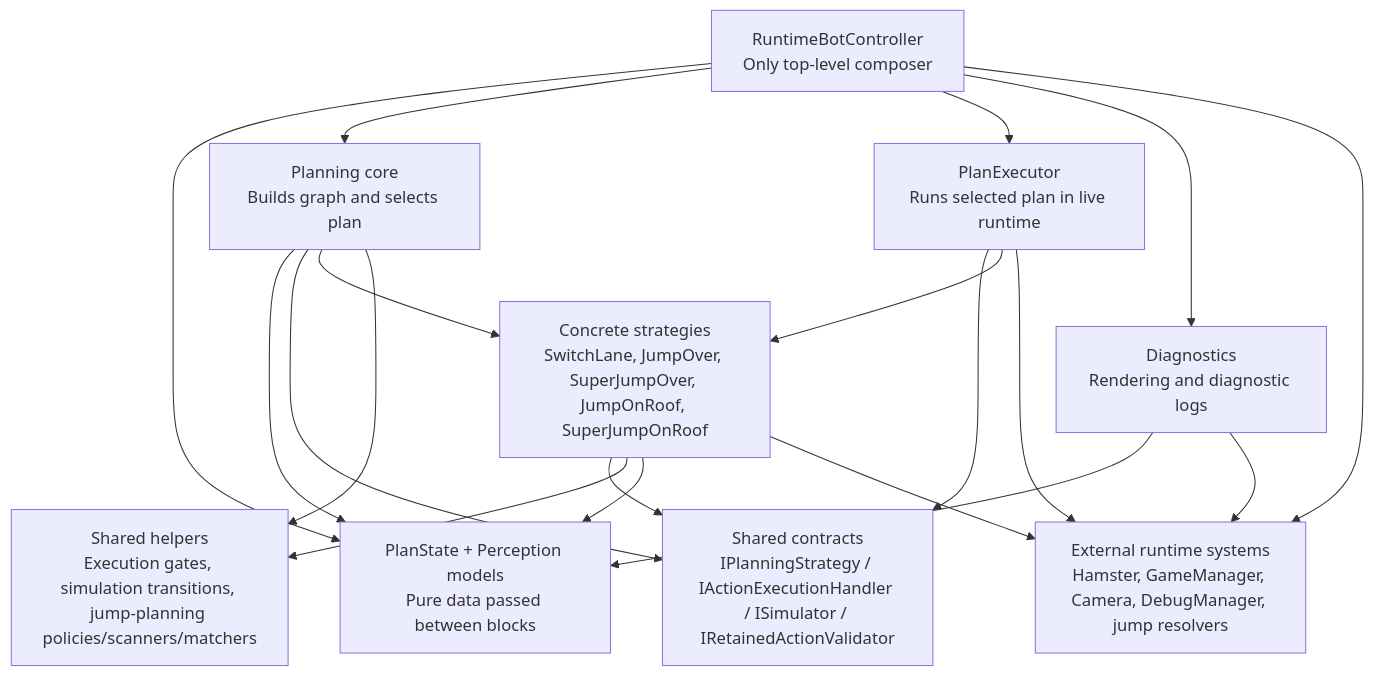
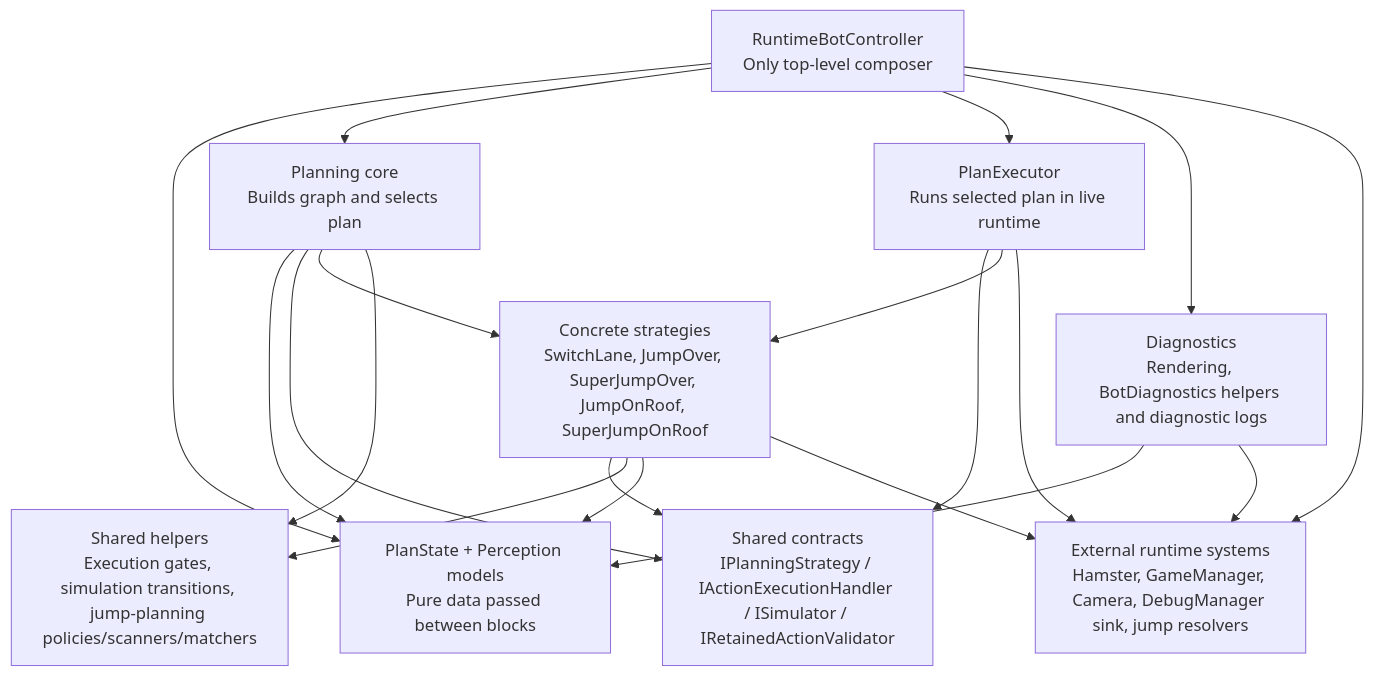
The fifth of 5 diagrams in docs/bot_architecture_diagram.md (vitalisun2/LostCyberHamster), drawn with Mermaid before and after one commit. The commit also changed other lines of this file and 7 other files, not shown here.

````diff
--- a/docs/bot_architecture_diagram.md
+++ b/docs/bot_architecture_diagram.md
@@ -358,35 +363,35 @@
 ```mermaid
 flowchart TD
     Runtime["RuntimeBotController<br/>Only top-level composer"]
     Data["PlanState + Perception models<br/>Pure data passed between blocks"]
     PlanningCore["Planning core<br/>Builds graph and selects plan"]
     StrategyPorts["Shared contracts<br/>IPlanningStrategy / IActionExecutionHandler / ISimulator / IRetainedActionValidator"]
     StrategyFamilies["Concrete strategies<br/>SwitchLane, JumpOver, SuperJumpOver, JumpOnRoof, SuperJumpOnRoof"]
     SharedHelpers["Shared helpers<br/>Execution gates, simulation transitions, jump-planning policies/scanners/matchers"]
     ExecutionCore["PlanExecutor<br/>Runs selected plan in live runtime"]
-    DiagnosticsCore["Diagnostics<br/>Rendering and diagnostic logs"]
-    ExternalRuntime["External runtime systems<br/>Hamster, GameManager, Camera, DebugManager, jump resolvers"]
+    DiagnosticsCore["Diagnostics<br/>Rendering, BotDiagnostics helpers and diagnostic logs"]
+    ExternalRuntime["External runtime systems<br/>Hamster, GameManager, Camera, DebugManager sink, jump resolvers"]
 
     Runtime --> Data
     Runtime --> PlanningCore
     Runtime --> ExecutionCore
     Runtime --> DiagnosticsCore
     Runtime --> ExternalRuntime
 
     PlanningCore --> Data
     PlanningCore --> StrategyPorts
     PlanningCore --> StrategyFamilies
     PlanningCore --> SharedHelpers
 
     StrategyFamilies --> StrategyPorts
     StrategyFamilies --> SharedHelpers
     StrategyFamilies --> Data
     StrategyFamilies --> ExternalRuntime
 
     ExecutionCore --> StrategyPorts
     ExecutionCore --> StrategyFamilies
     ExecutionCore --> ExternalRuntime
 
     DiagnosticsCore --> Data
     DiagnosticsCore --> ExternalRuntime
 ```
````
